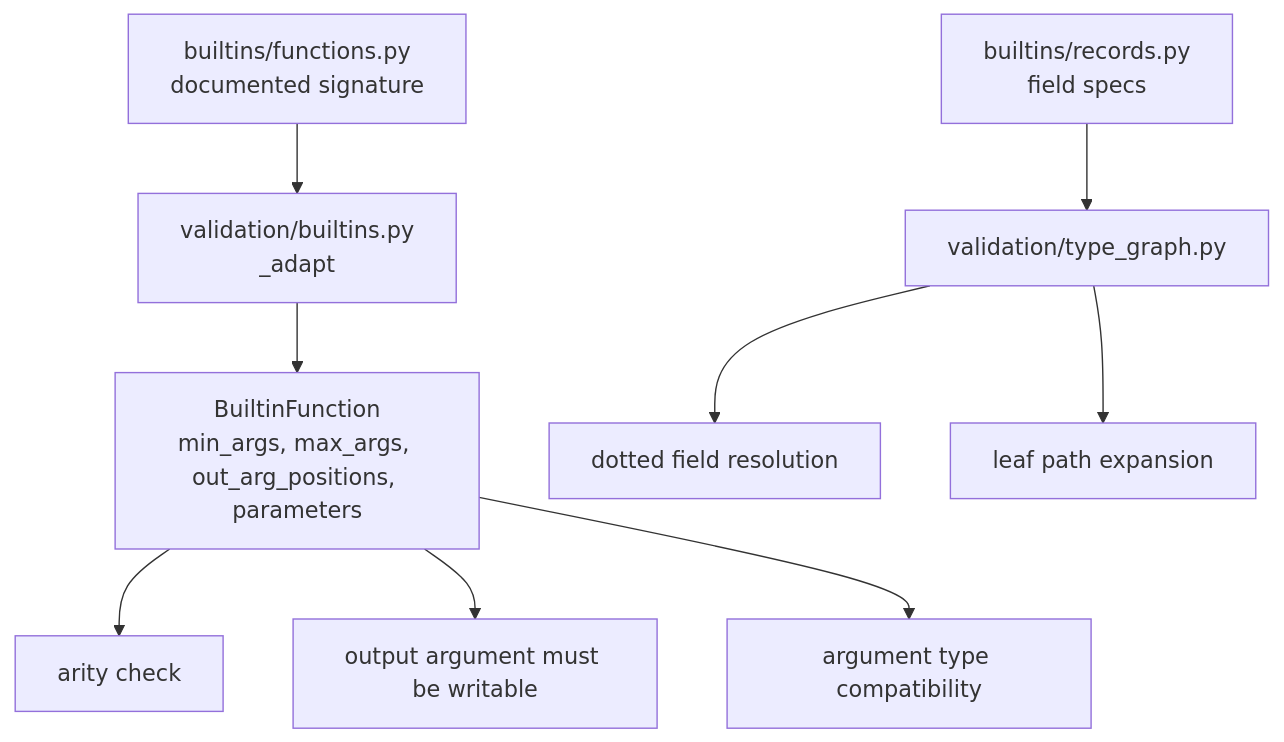
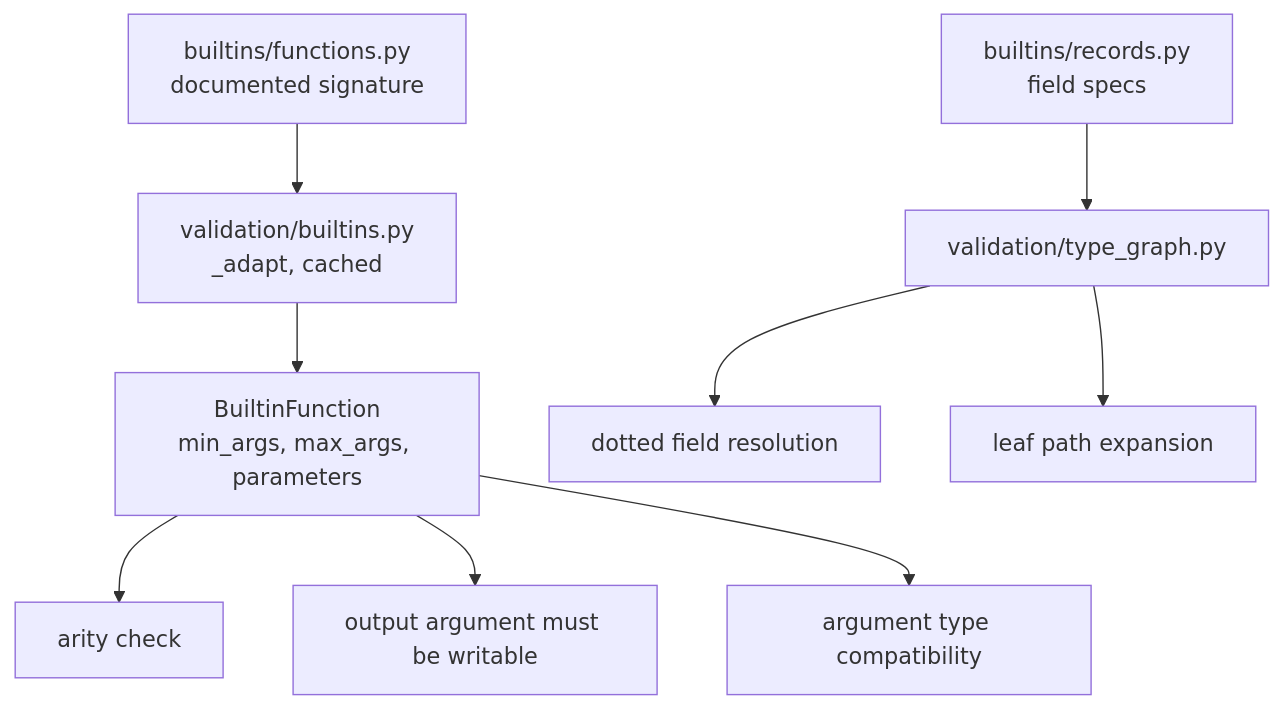
The second of 2 diagrams in docs/builtins.md (SorenHJohansen/sattline-parser), drawn with Mermaid before and after one commit. The commit also changed other lines of this file and 157 other files, not shown here.

````diff
--- a/docs/builtins.md
+++ b/docs/builtins.md
@@ -105,11 +109,11 @@
 ```mermaid
 flowchart TB
-    F["builtins/functions.py<br/>documented signature"] --> A["validation/builtins.py<br/>_adapt"]
-    A --> V["BuiltinFunction<br/>min_args, max_args, out_arg_positions, parameters"]
+    F["builtins/functions.py<br/>documented signature"] --> A["validation/builtins.py<br/>_adapt, cached"]
+    A --> V["BuiltinFunction<br/>min_args, max_args, parameters"]
     V --> R1["arity check"]
     V --> R2["output argument must be writable"]
     V --> R3["argument type compatibility"]
     REC["builtins/records.py<br/>field specs"] --> TG["validation/type_graph.py"]
     TG --> R4["dotted field resolution"]
     TG --> R5["leaf path expansion"]
 ```
````
